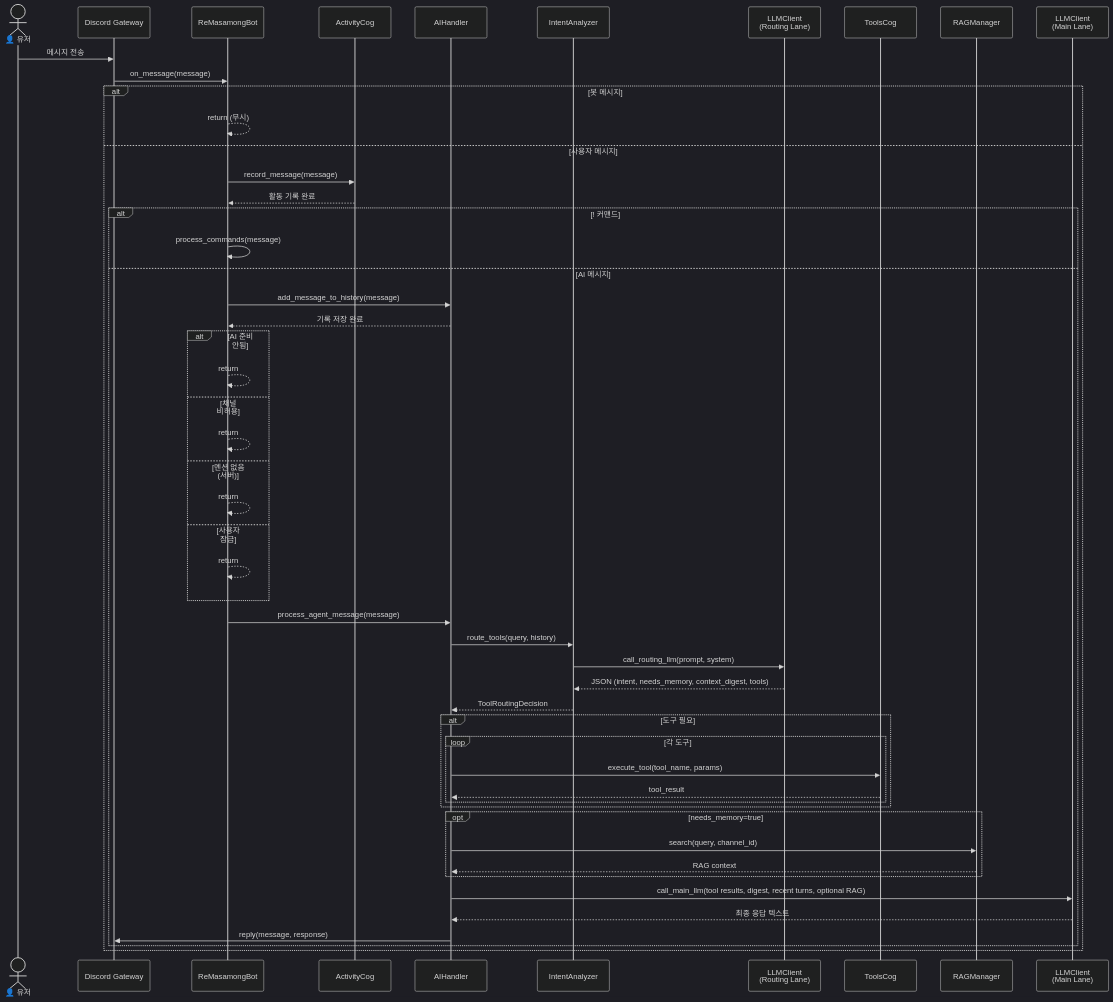
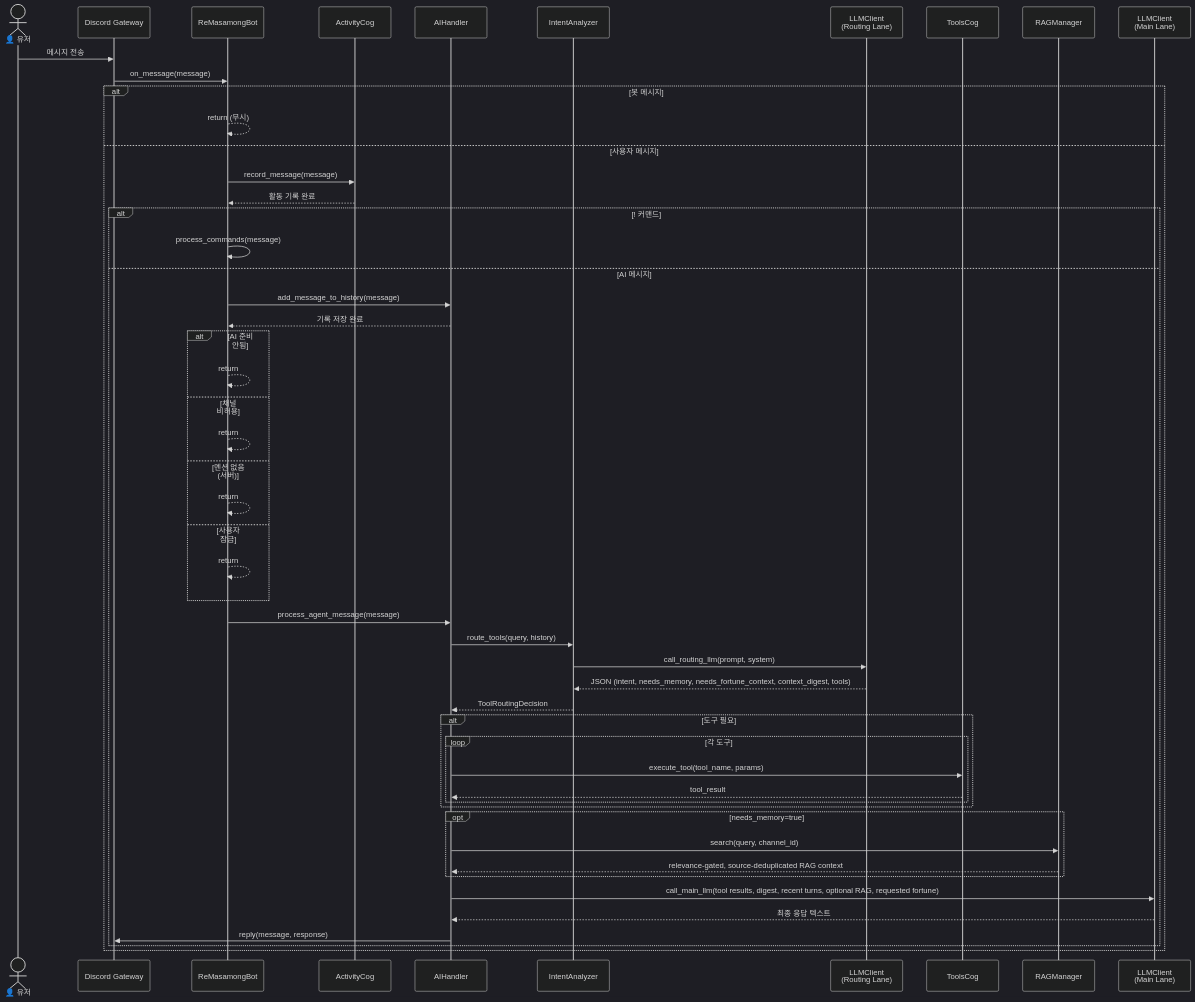
The fifth of 15 diagrams in docs/UML_SPEC.en.md (kim0040/masamong), drawn with Mermaid (dark theme) before and after one commit. The commit also changed other lines of this file and 13 other files, not shown here.

````diff
--- a/docs/UML_SPEC.en.md
+++ b/docs/UML_SPEC.en.md
@@ -415,64 +415,64 @@
 ```mermaid
 sequenceDiagram
     actor User as 👤 유저
     participant Discord as Discord Gateway
     participant Bot as ReMasamongBot
     participant Activity as ActivityCog
     participant AI as AIHandler
     participant Intent as IntentAnalyzer
     participant Routing as LLMClient<br/>(Routing Lane)
     participant Tools as ToolsCog
     participant RAG as RAGManager
     participant Main as LLMClient<br/>(Main Lane)
 
     User->>Discord: 메시지 전송
     Discord->>Bot: on_message(message)
 
     alt 봇 메시지
         Bot-->>Bot: return (무시)
     else 사용자 메시지
         Bot->>Activity: record_message(message)
         Activity-->>Bot: 활동 기록 완료
 
         alt ! 커맨드
             Bot->>Bot: process_commands(message)
         else AI 메시지
             Bot->>AI: add_message_to_history(message)
             AI-->>Bot: 기록 저장 완료
 
             alt AI 준비 안됨
                 Bot-->>Bot: return
             else 채널 비허용
                 Bot-->>Bot: return
             else 멘션 없음 (서버)
                 Bot-->>Bot: return
             else 사용자 잠금
                 Bot-->>Bot: return
             end
 
             Bot->>AI: process_agent_message(message)
 
             AI->>Intent: route_tools(query, history)
             Intent->>Routing: call_routing_llm(prompt, system)
-            Routing-->>Intent: JSON (intent, needs_memory, context_digest, tools)
+            Routing-->>Intent: JSON (intent, needs_memory, needs_fortune_context, context_digest, tools)
             Intent-->>AI: ToolRoutingDecision
 
             alt 도구 필요
                 loop 각 도구
                     AI->>Tools: execute_tool(tool_name, params)
                     Tools-->>AI: tool_result
                 end
             end
 
             opt needs_memory=true
                 AI->>RAG: search(query, channel_id)
-                RAG-->>AI: RAG context
+                RAG-->>AI: relevance-gated, source-deduplicated RAG context
             end
 
-            AI->>Main: call_main_llm(tool results, digest, recent turns, optional RAG)
+            AI->>Main: call_main_llm(tool results, digest, recent turns, optional RAG, requested fortune)
             Main-->>AI: 최종 응답 텍스트
 
             AI->>Discord: reply(message, response)
         end
     end
 ```
````
